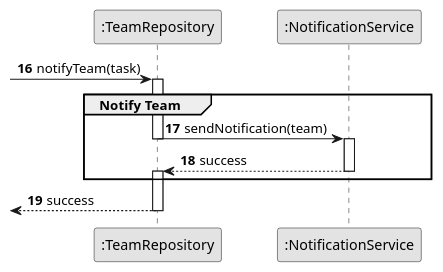
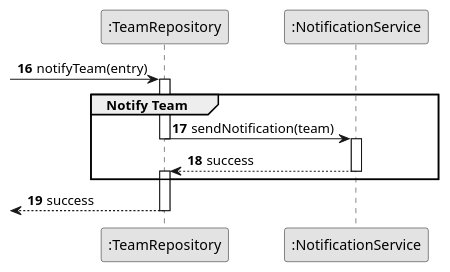
One commit to ricardomm7/leaflink changed the diagram in docs/sprintC/us025/03.design/puml/us025-sequence-diagram-partial-notify-team.puml. Above: the diagram before and after it, drawn with PlantUML. The commit also changed 30 other files, not shown here.

Commit message:
Change Task to Entry in US24, US25, US29; Update domain model; Send verification from UI to Domain (Vehicle)

```diff
--- a/docs/sprintC/us025/03.design/puml/us025-sequence-diagram-partial-notify-team.puml
+++ b/docs/sprintC/us025/03.design/puml/us025-sequence-diagram-partial-notify-team.puml
@@ -1,30 +1,30 @@
 @startuml
 skinparam monochrome true
 skinparam packageStyle rectangle
 skinparam shadowing false
 
 participant ":TeamRepository" as TeamRepo
 participant ":NotificationService" as NotificationService
 
 
 autonumber 16
- -> TeamRepo : notifyTeam(task)
+ -> TeamRepo : notifyTeam(entry)
 
 activate TeamRepo
     group Notify Team
 
     TeamRepo -> NotificationService : sendNotification(team)
     deactivate TeamRepo
     activate NotificationService
 
     NotificationService --> TeamRepo : success
     deactivate NotificationService
     activate TeamRepo
 
     end
 
  <-- TeamRepo: success
 deactivate TeamRepo
 
 
 @enduml
```
